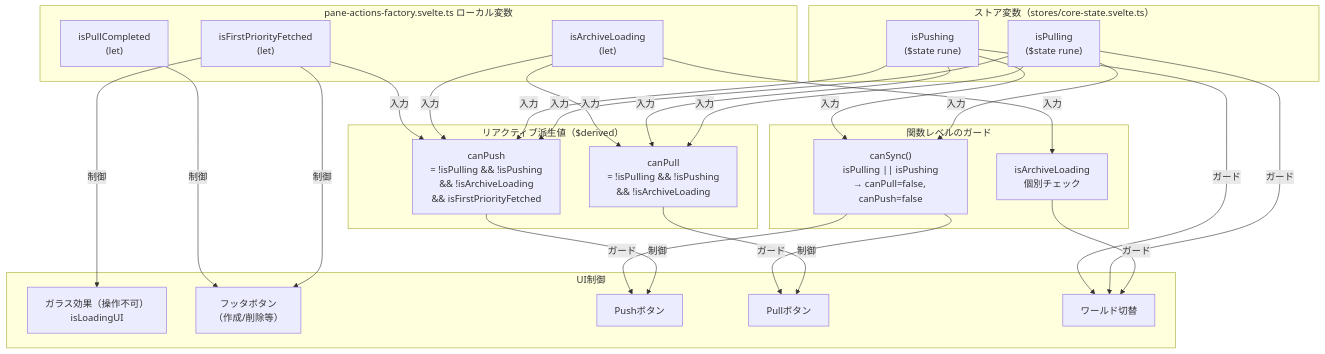
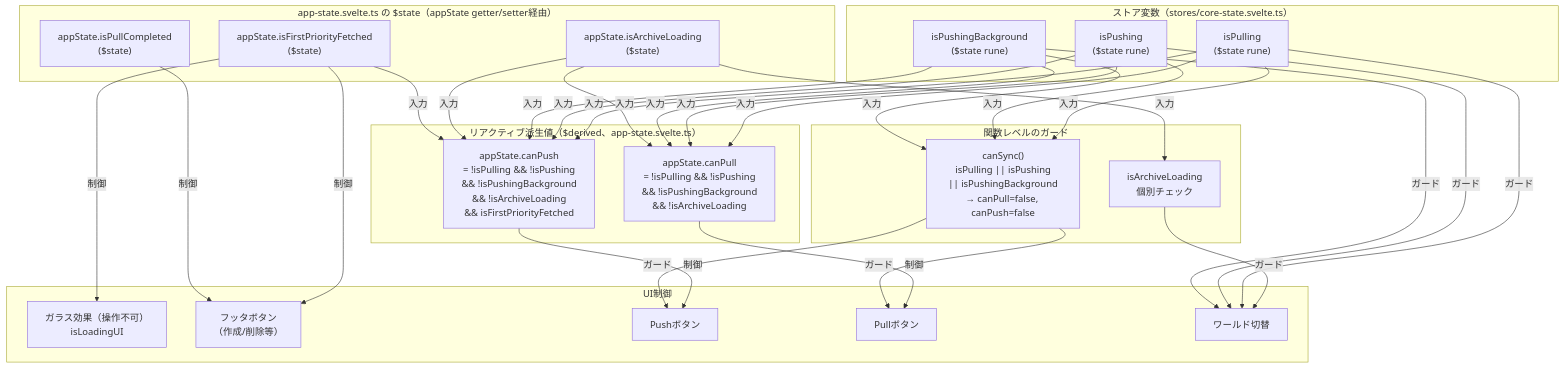
One commit to kako-jun/agasteer changed the sixth of 6 diagrams in docs/development/sync/push-pull.md. Above: the diagram before and after it, drawn with Mermaid. The commit also changed other lines of this file and 5 other files, not shown here.

````diff
--- a/docs/development/sync/push-pull.md
+++ b/docs/development/sync/push-pull.md
@@ -977,54 +981,59 @@
 ```mermaid
 flowchart TB
     subgraph "ストア変数（stores/core-state.svelte.ts）"
         isPulling["isPulling<br/>($state rune)"]
         isPushing["isPushing<br/>($state rune)"]
+        isPushingBackground["isPushingBackground<br/>($state rune)"]
     end
 
-    subgraph "pane-actions-factory.svelte.ts ローカル変数"
-        isArchiveLoading["isArchiveLoading<br/>(let)"]
-        isFirstPriorityFetched["isFirstPriorityFetched<br/>(let)"]
-        isPullCompleted["isPullCompleted<br/>(let)"]
+    subgraph "app-state.svelte.ts の $state（appState getter/setter経由）"
+        isArchiveLoading["appState.isArchiveLoading<br/>($state)"]
+        isFirstPriorityFetched["appState.isFirstPriorityFetched<br/>($state)"]
+        isPullCompleted["appState.isPullCompleted<br/>($state)"]
     end
 
-    subgraph "リアクティブ派生値（$derived）"
-        canPull["canPull<br/>= !isPulling && !isPushing<br/>&& !isArchiveLoading"]
-        canPush["canPush<br/>= !isPulling && !isPushing<br/>&& !isArchiveLoading<br/>&& isFirstPriorityFetched"]
+    subgraph "リアクティブ派生値（$derived、app-state.svelte.ts）"
+        canPull["appState.canPull<br/>= !isPulling && !isPushing<br/>&& !isPushingBackground<br/>&& !isArchiveLoading"]
+        canPush["appState.canPush<br/>= !isPulling && !isPushing<br/>&& !isPushingBackground<br/>&& !isArchiveLoading<br/>&& isFirstPriorityFetched"]
     end
 
     subgraph "UI制御"
         glassFX["ガラス効果（操作不可）<br/>isLoadingUI"]
         footerBtns["フッタボタン<br/>（作成/削除等）"]
         pushBtn["Pushボタン"]
         pullBtn["Pullボタン"]
         worldSW["ワールド切替"]
     end
 
     subgraph "関数レベルのガード"
-        canSyncFn["canSync()<br/>isPulling || isPushing<br/>→ canPull=false, canPush=false"]
+        canSyncFn["canSync()<br/>isPulling || isPushing<br/>|| isPushingBackground<br/>→ canPull=false, canPush=false"]
         archiveGuard["isArchiveLoading<br/>個別チェック"]
     end
 
     isPulling -->|入力| canPull
     isPulling -->|入力| canPush
     isPulling -->|入力| canSyncFn
     isPushing -->|入力| canPull
     isPushing -->|入力| canPush
     isPushing -->|入力| canSyncFn
+    isPushingBackground -->|入力| canPull
+    isPushingBackground -->|入力| canPush
+    isPushingBackground -->|入力| canSyncFn
     isArchiveLoading -->|入力| canPull
     isArchiveLoading -->|入力| canPush
     isArchiveLoading -->|入力| archiveGuard
     isFirstPriorityFetched -->|入力| canPush
     isFirstPriorityFetched -->|制御| glassFX
     isFirstPriorityFetched -->|制御| footerBtns
     isPullCompleted -->|制御| footerBtns
 
     canPull -->|制御| pullBtn
     canPush -->|制御| pushBtn
     canSyncFn -->|ガード| pullBtn
     canSyncFn -->|ガード| pushBtn
     archiveGuard -->|ガード| worldSW
 
     isPulling -->|ガード| worldSW
     isPushing -->|ガード| worldSW
+    isPushingBackground -->|ガード| worldSW
 ```
````
